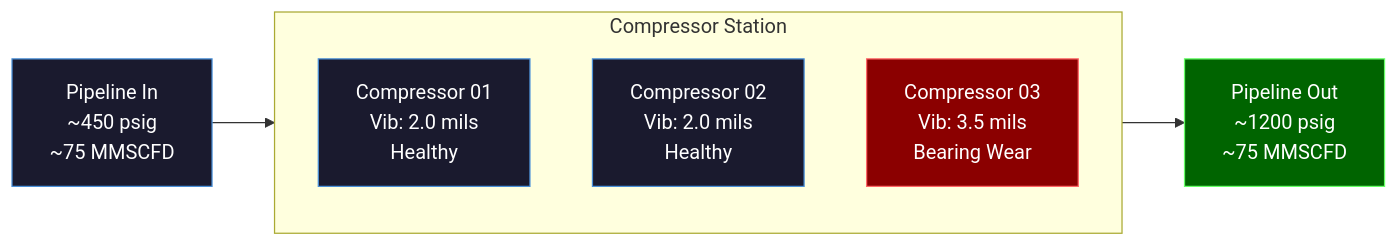
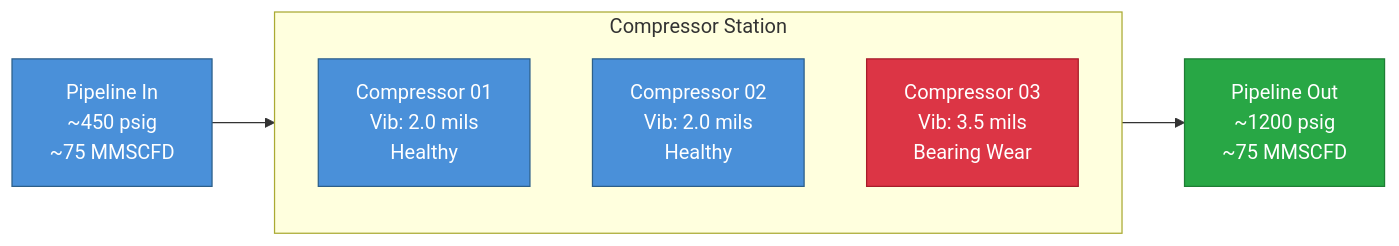
One commit to henryodibi11/Odibi changed the second of 7 diagrams in docs/simulation/patterns/process_engineering.md. Above: the diagram before and after it, drawn with Mermaid. The commit also changed other lines of this file and 7 other files, not shown here.

First line of the commit message:
Fix mermaid diagram colors for readability across all 26 diagrams

````diff
--- a/docs/simulation/patterns/process_engineering.md
+++ b/docs/simulation/patterns/process_engineering.md
@@ -283,18 +283,18 @@
 ```mermaid
 flowchart LR
     subgraph Station["Compressor Station"]
         direction TB
         C1["Compressor 01\nVib: 2.0 mils\nHealthy"]
         C2["Compressor 02\nVib: 2.0 mils\nHealthy"]
         C3["Compressor 03\nVib: 3.5 mils\nBearing Wear"]
     end
 
     IN["Pipeline In\n~450 psig\n~75 MMSCFD"] --> Station
     Station --> OUT["Pipeline Out\n~1200 psig\n~75 MMSCFD"]
 
-    style IN fill:#1a1a2e,stroke:#4a90d9,color:#ffffff
-    style OUT fill:#006400,stroke:#66ff66,color:#ffffff
-    style C1 fill:#1a1a2e,stroke:#4a90d9,color:#ffffff
-    style C2 fill:#1a1a2e,stroke:#4a90d9,color:#ffffff
-    style C3 fill:#8B0000,stroke:#ff6666,color:#ffffff
+    style IN fill:#4a90d9,stroke:#2c5f8a,color:#ffffff
+    style OUT fill:#28a745,stroke:#1e7e34,color:#ffffff
+    style C1 fill:#4a90d9,stroke:#2c5f8a,color:#ffffff
+    style C2 fill:#4a90d9,stroke:#2c5f8a,color:#ffffff
+    style C3 fill:#dc3545,stroke:#a71d2a,color:#ffffff
 ```
````
